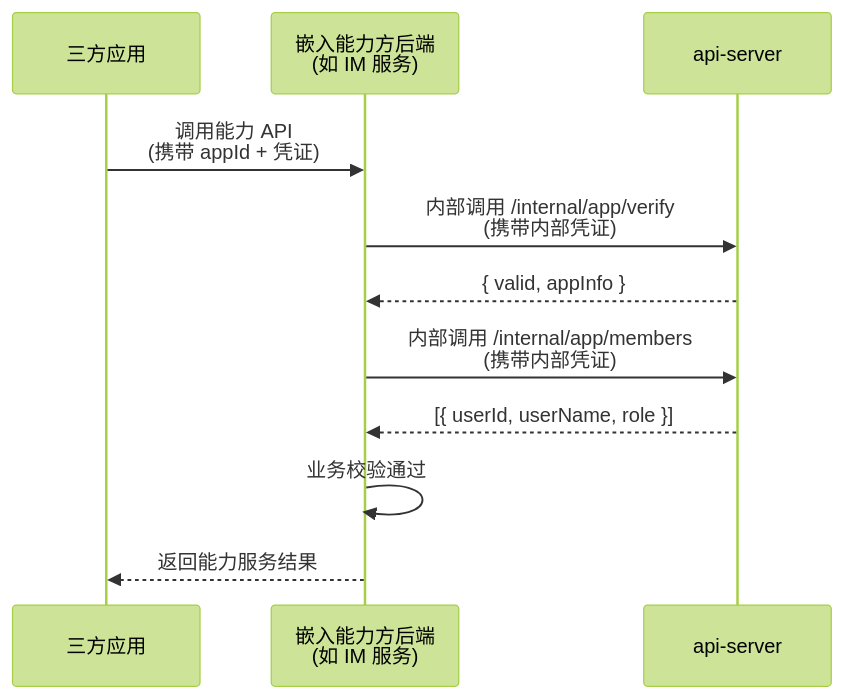
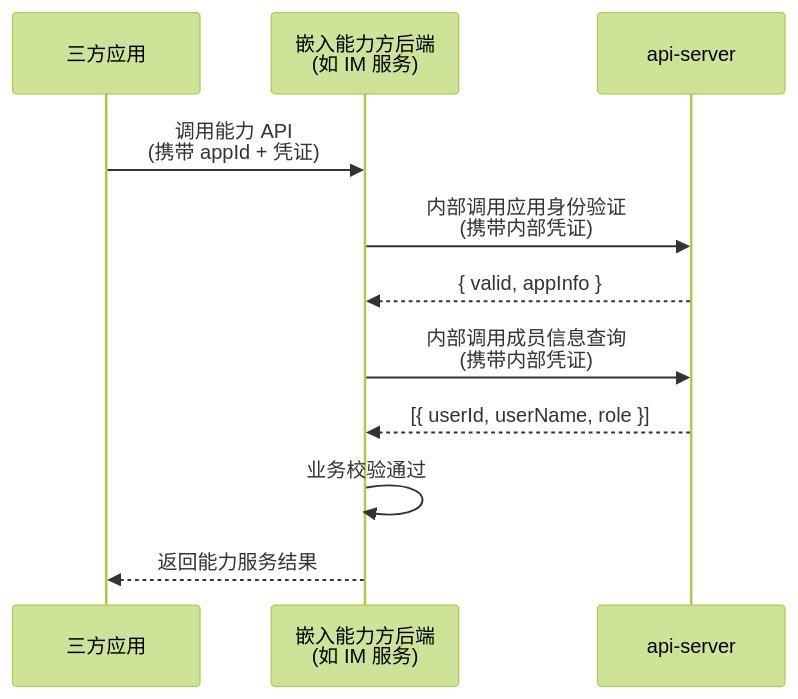
One commit to THZSummer/open-app changed the diagram in .sddu/specs-tree-root/specs-tree-ability-embedding/specs-tree-embedding-api/spec.md. Above: the diagram before and after it, drawn with Mermaid (forest theme). The commit also changed other lines of this file and 2 other files, not shown here.

````diff
--- a/.sddu/specs-tree-root/specs-tree-ability-embedding/specs-tree-embedding-api/spec.md
+++ b/.sddu/specs-tree-root/specs-tree-ability-embedding/specs-tree-embedding-api/spec.md
@@ -53,14 +53,14 @@
 ```mermaid
 sequenceDiagram
     participant App as 三方应用
     participant EmbedProvider as 嵌入能力方后端<br/>(如 IM 服务)
     participant APIServer as api-server
 
     App->>EmbedProvider: 调用能力 API<br/>(携带 appId + 凭证)
-    EmbedProvider->>APIServer: 内部调用 /internal/app/verify<br/>(携带内部凭证)
+    EmbedProvider->>APIServer: 内部调用应用身份验证<br/>(携带内部凭证)
     APIServer-->>EmbedProvider: { valid, appInfo }
-    EmbedProvider->>APIServer: 内部调用 /internal/app/members<br/>(携带内部凭证)
+    EmbedProvider->>APIServer: 内部调用成员信息查询<br/>(携带内部凭证)
     APIServer-->>EmbedProvider: [{ userId, userName, role }]
     EmbedProvider->>EmbedProvider: 业务校验通过
     EmbedProvider-->>App: 返回能力服务结果
 ```
````
